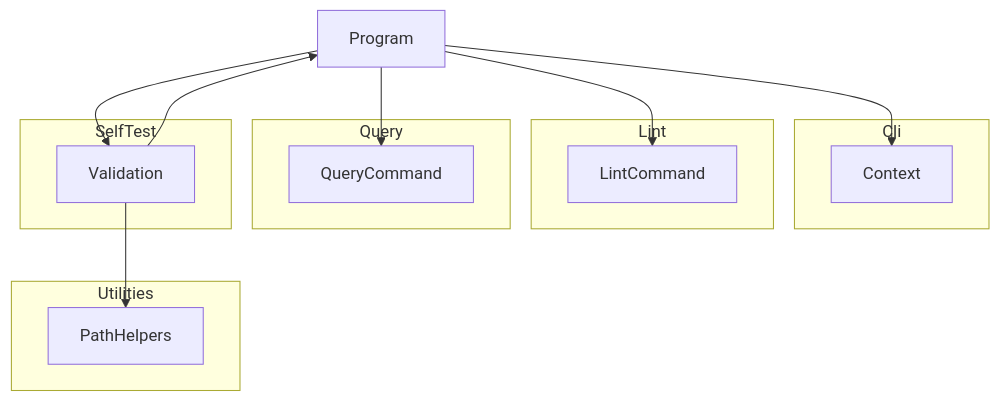
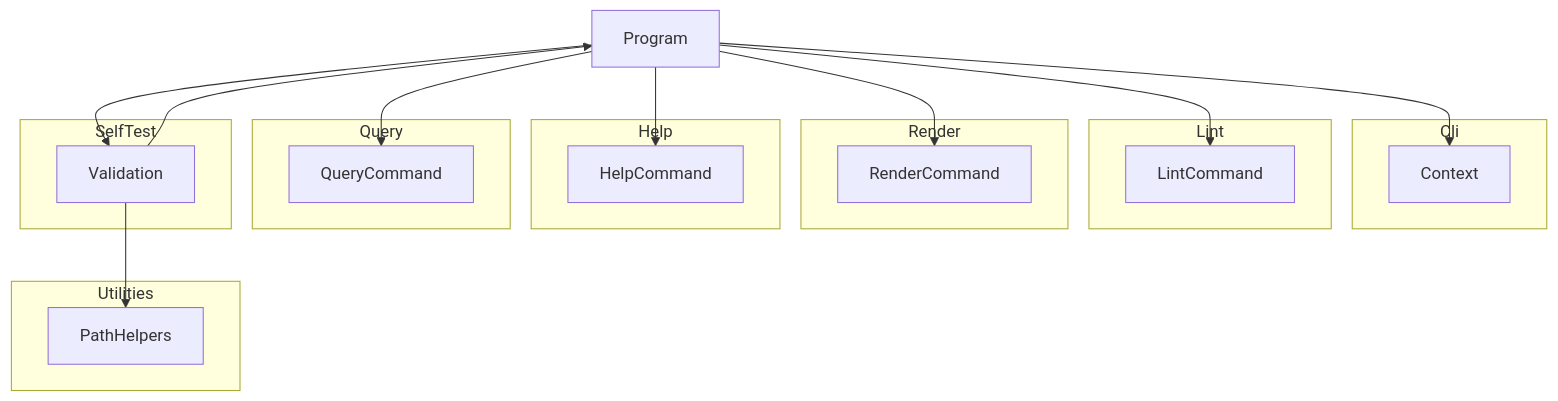
One commit to demaconsulting/SysML2Tools changed the diagram in docs/design/sysml2-tools-tool.md. Above: the diagram before and after it, drawn with Mermaid. The commit also changed other lines of this file and 10 other files, not shown here.

First line of the commit message:
Enhance render command to default to all views and handle collisions (#16)

````diff
--- a/docs/design/sysml2-tools-tool.md
+++ b/docs/design/sysml2-tools-tool.md
@@ -9,25 +9,33 @@
 ```mermaid
 flowchart TD
     Program
     subgraph Cli
         Context
     end
     subgraph Lint
         LintCommand
+    end
+    subgraph Render
+        RenderCommand
+    end
+    subgraph Help
+        HelpCommand
     end
     subgraph Query
         QueryCommand
     end
     subgraph SelfTest
         Validation
     end
     subgraph Utilities
         PathHelpers
     end
     Program --> Context
     Program --> LintCommand
+    Program --> RenderCommand
+    Program --> HelpCommand
     Program --> QueryCommand
     Program --> Validation
     Validation --> Program
     Validation --> PathHelpers
 ```
````
